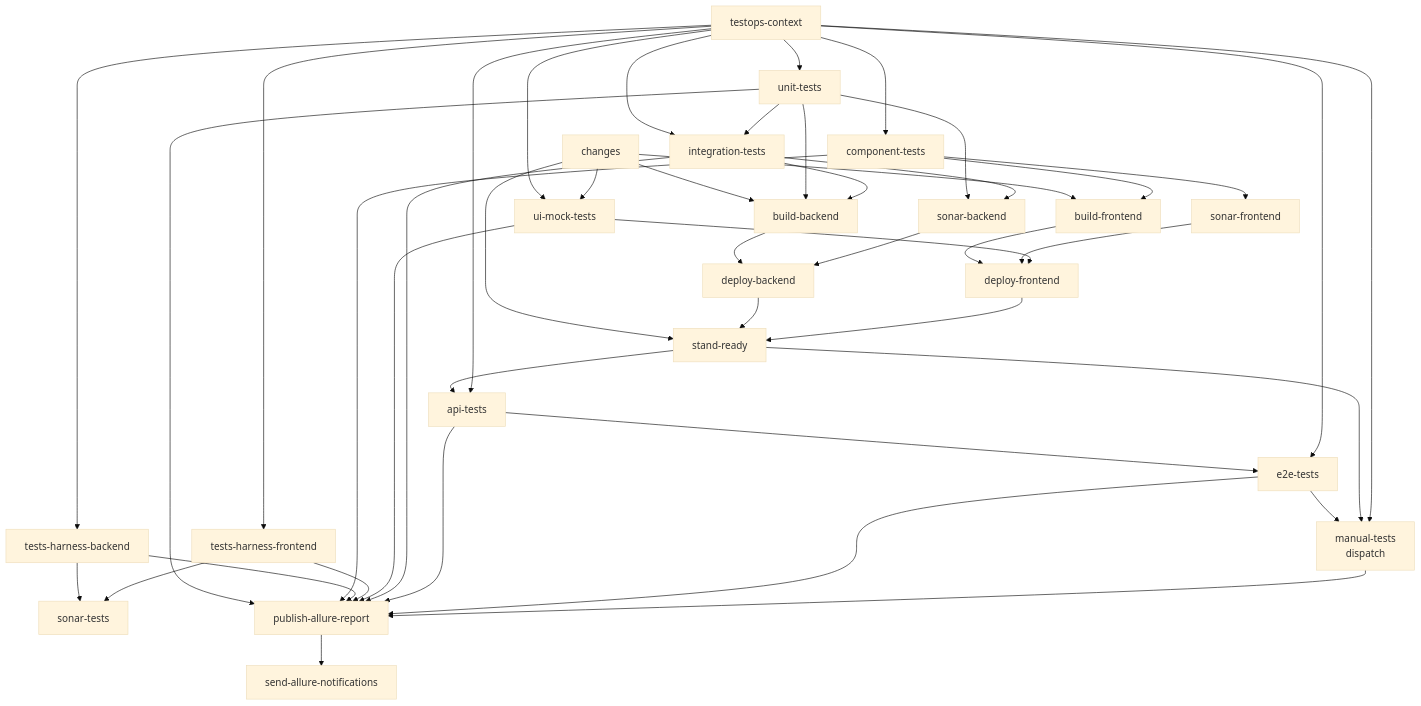
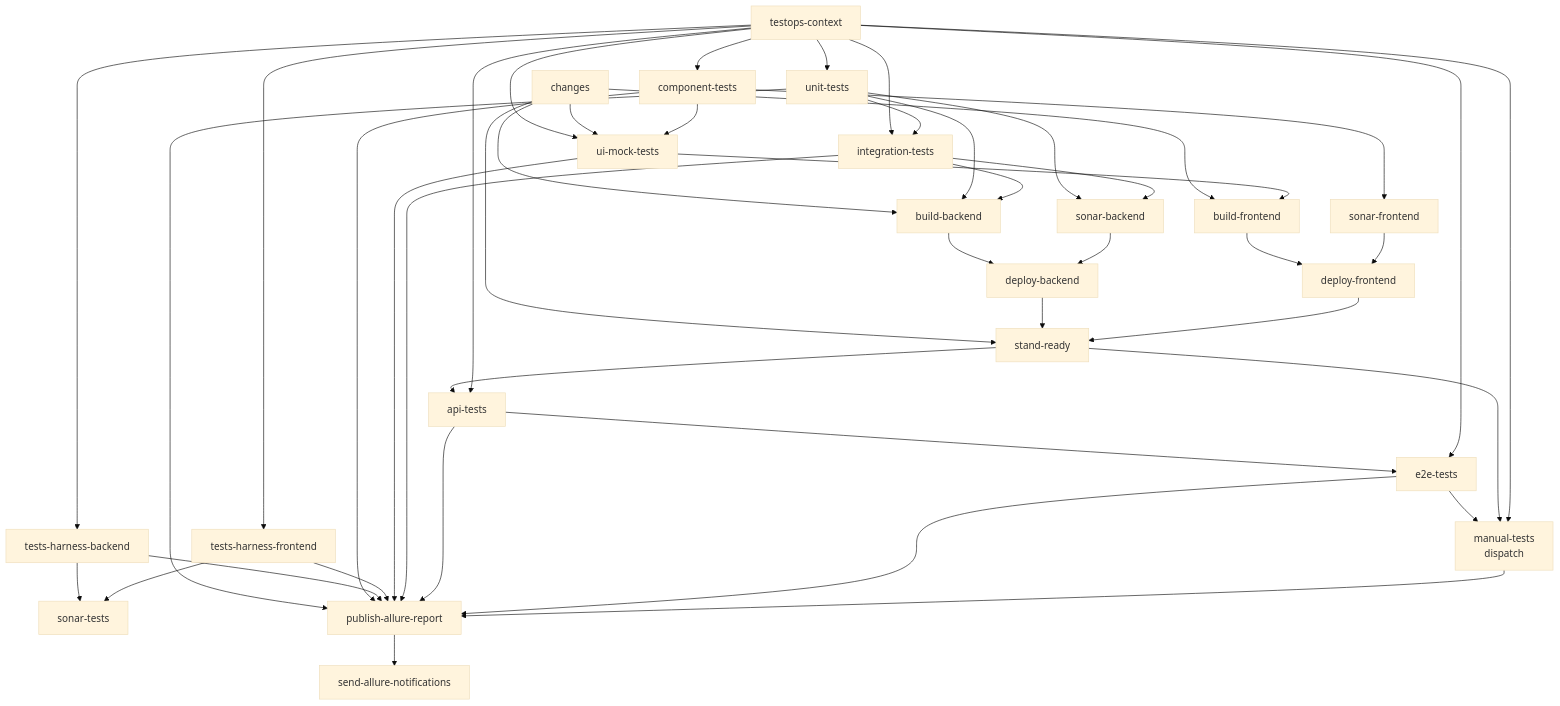
The diagram in README.md (autotests-ai/autotests-ai-multistack-app), drawn with Mermaid (base theme) before and after one commit. The commit also changed other lines of this file and 2 other files, not shown here.

Commit message:
ci: run ui-mock-tests after component-tests, before build-frontend
Fail-fast on red jsdom and do not push the FE image until mock is green.
Sonar still gates deploy, not build.

````diff
--- a/README.md
+++ b/README.md
@@ -77,51 +77,51 @@
 ```mermaid
 flowchart TB
   TOC[testops-context]
   CH[changes]
 
   TOC --> UNIT[unit-tests]
   TOC --> COMP[component-tests]
   TOC --> HB[tests-harness-backend]
   TOC --> HF[tests-harness-frontend]
   TOC --> MOCK[ui-mock-tests]
   TOC --> INT[integration-tests]
 
   CH --> MOCK
   CH --> BB
   CH --> BF
   CH --> READY
 
   UNIT --> INT
   UNIT --> SB[sonar-backend]
   INT --> SB
   COMP --> SF[sonar-frontend]
+  COMP --> MOCK
   HB --> ST[sonar-tests]
   HF --> ST
 
   UNIT --> BB[build-backend]
   INT --> BB
-  COMP --> BF[build-frontend]
+  MOCK --> BF[build-frontend]
 
   BB --> DB[deploy-backend]
   SB --> DB
 
   BF --> DF[deploy-frontend]
   SF --> DF
-  MOCK --> DF
 
   DB --> READY[stand-ready]
   DF --> READY
 
   READY --> API[api-tests]
   TOC --> API
 
   API --> E2E[e2e-tests]
   TOC --> E2E
 
   E2E --> MAN[manual-tests<br/>dispatch]
   READY --> MAN
   TOC --> MAN
 
   UNIT & COMP & HB & HF & MOCK & INT & API & E2E & MAN --> PUB[publish-allure-report]
   PUB --> NTF[send-allure-notifications]
 ```
````
